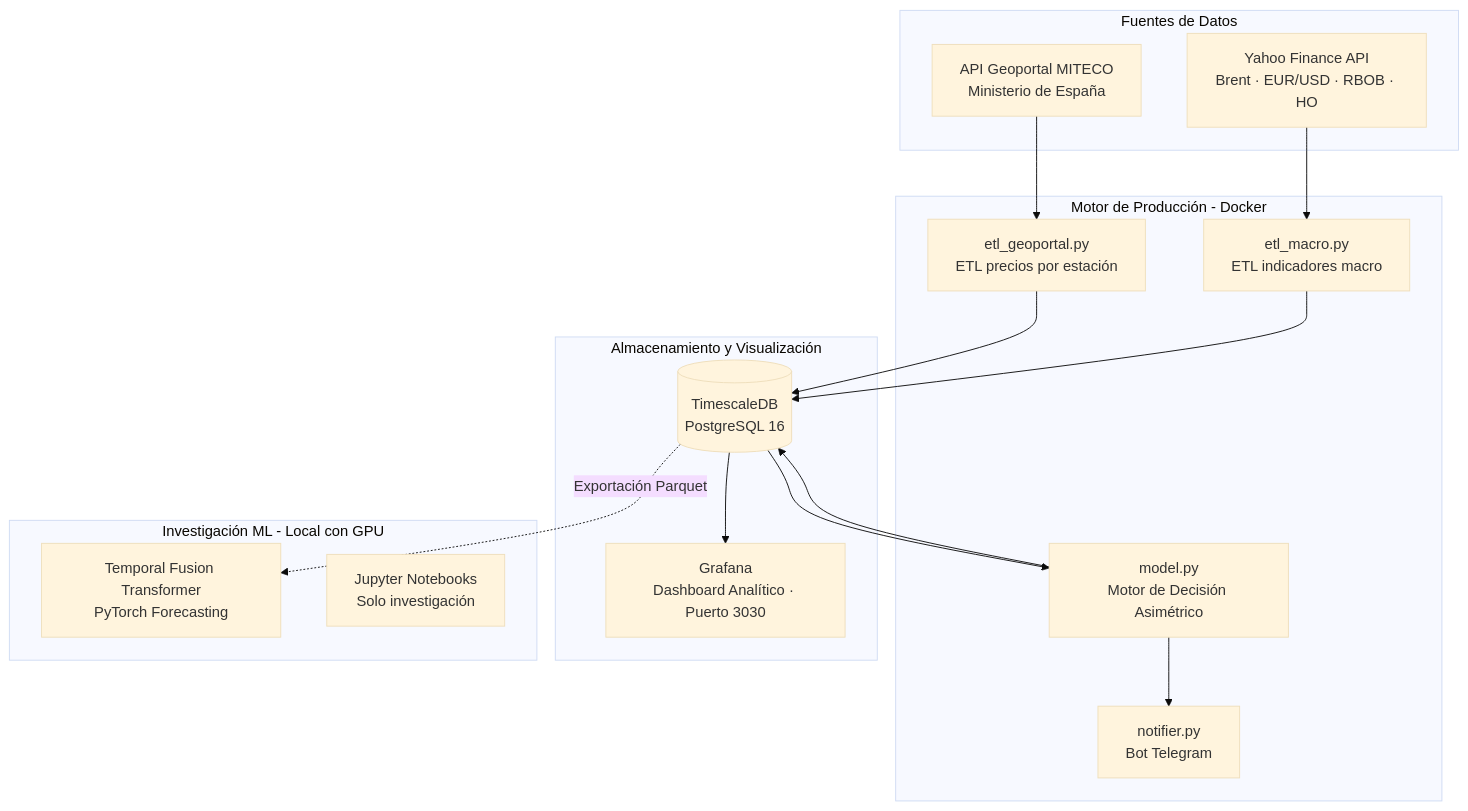
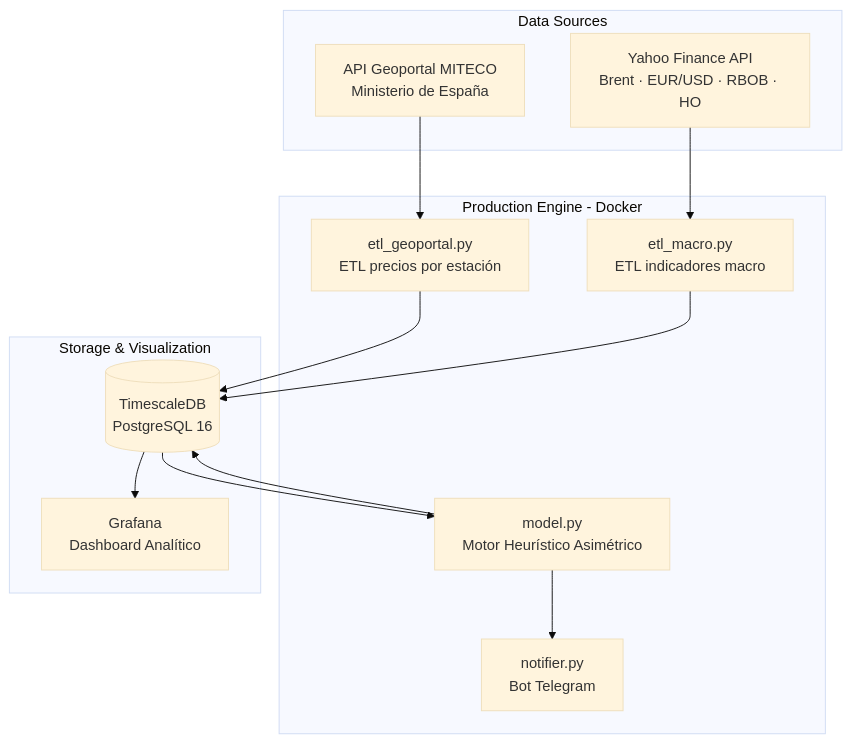
Before and after one commit to severisoler-cpu/gaspredict: the first of 2 diagrams in README.md, drawn with Mermaid (base theme). The commit also changed other lines of this file, not shown here.

Commit message:
docs: Split architecture diagrams to clearly separate Production Heuristic Engine and Offline ML Research Pipeline

````diff
--- a/README.md
+++ b/README.md
@@ -46,34 +51,28 @@
 ```mermaid
 flowchart TD
-    subgraph Fuentes de Datos
+    subgraph Fuentes de Datos [Data Sources]
         MITECO[API Geoportal MITECO\nMinisterio de España]
         YF[Yahoo Finance API\nBrent · EUR/USD · RBOB · HO]
     end
 
-    subgraph Motor de Producción - Docker
+    subgraph Motor de Producción [Production Engine - Docker]
         ETL_G[etl_geoportal.py\nETL precios por estación]
         ETL_M[etl_macro.py\nETL indicadores macro]
-        HEUR[model.py\nMotor de Decisión Asimétrico]
+        HEUR[model.py\nMotor Heurístico Asimétrico]
         NOTIF[notifier.py\nBot Telegram]
     end
 
-    subgraph Almacenamiento y Visualización
+    subgraph Almacenamiento y Viz [Storage & Visualization]
         TSDB[(TimescaleDB\nPostgreSQL 16)]
-        GRAF[Grafana\nDashboard Analítico · Puerto 3030]
-    end
-
-    subgraph Investigación ML - Local con GPU
-        TFT[Temporal Fusion Transformer\nPyTorch Forecasting]
-        JUP[Jupyter Notebooks\nSolo investigación]
+        GRAF[Grafana\nDashboard Analítico]
     end
 
     MITECO --> ETL_G
     YF --> ETL_M
     ETL_G --> TSDB
     ETL_M --> TSDB
     TSDB --> HEUR
     HEUR --> TSDB
     HEUR --> NOTIF
     TSDB --> GRAF
-    TSDB -. Exportación Parquet .-> TFT
 ```
````
